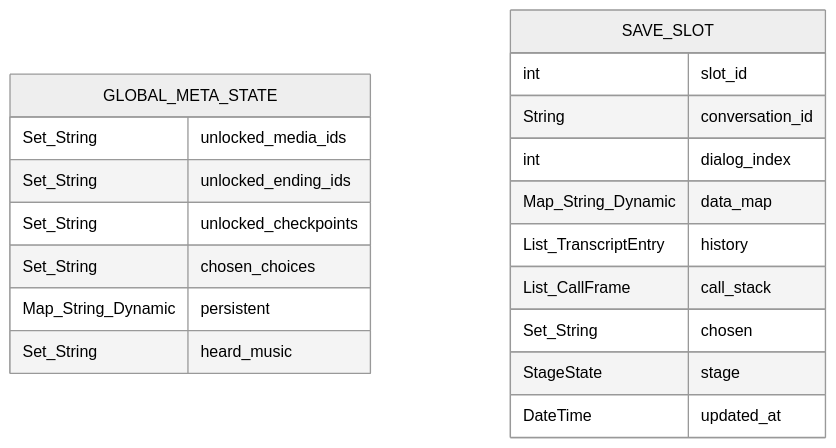
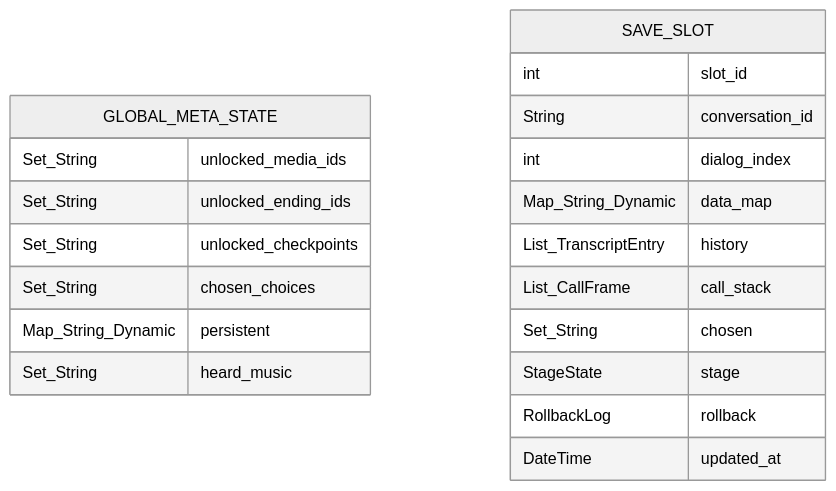
Before and after one commit to esafirm/cerita-engine: the diagram in specs/engine-and-state.md, drawn with Mermaid (neutral theme). The commit also changed other lines of this file and 10 other files, not shown here.

First line of the commit message:
Engine - Keep the rollback log in saves and replay random() rolls

````diff
--- a/specs/engine-and-state.md
+++ b/specs/engine-and-state.md
@@ -103,22 +103,23 @@
 ```mermaid
 erDiagram
     GLOBAL_META_STATE {
         Set_String unlocked_media_ids
         Set_String unlocked_ending_ids
         Set_String unlocked_checkpoints
         Set_String chosen_choices
         Map_String_Dynamic persistent
         Set_String heard_music
     }
     SAVE_SLOT {
         int slot_id
         String conversation_id
         int dialog_index
         Map_String_Dynamic data_map
         List_TranscriptEntry history
         List_CallFrame call_stack
         Set_String chosen
         StageState stage
+        RollbackLog rollback
         DateTime updated_at
     }
 ```
````
